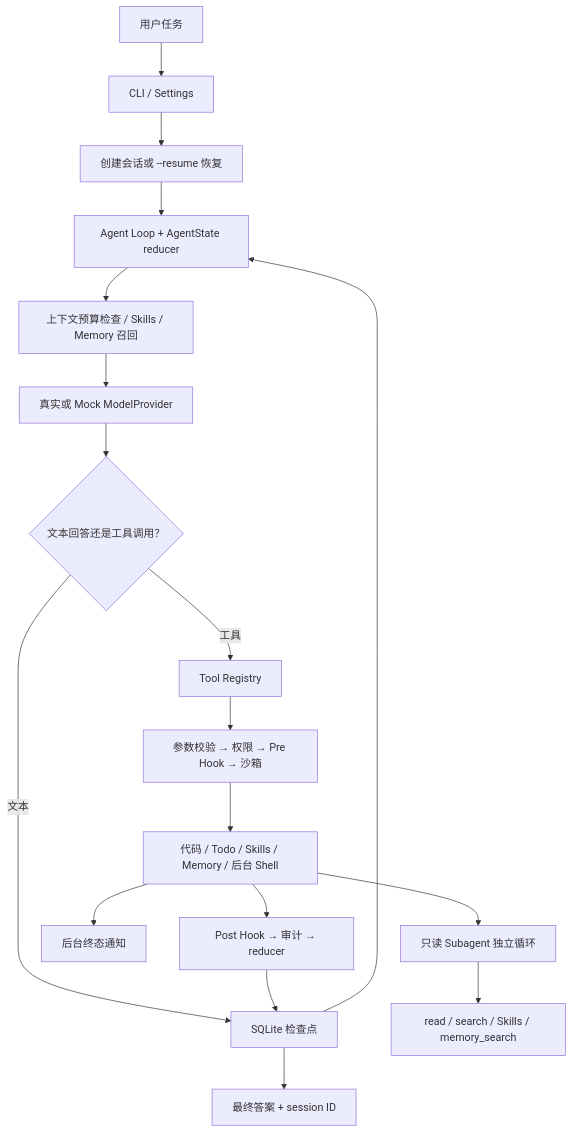
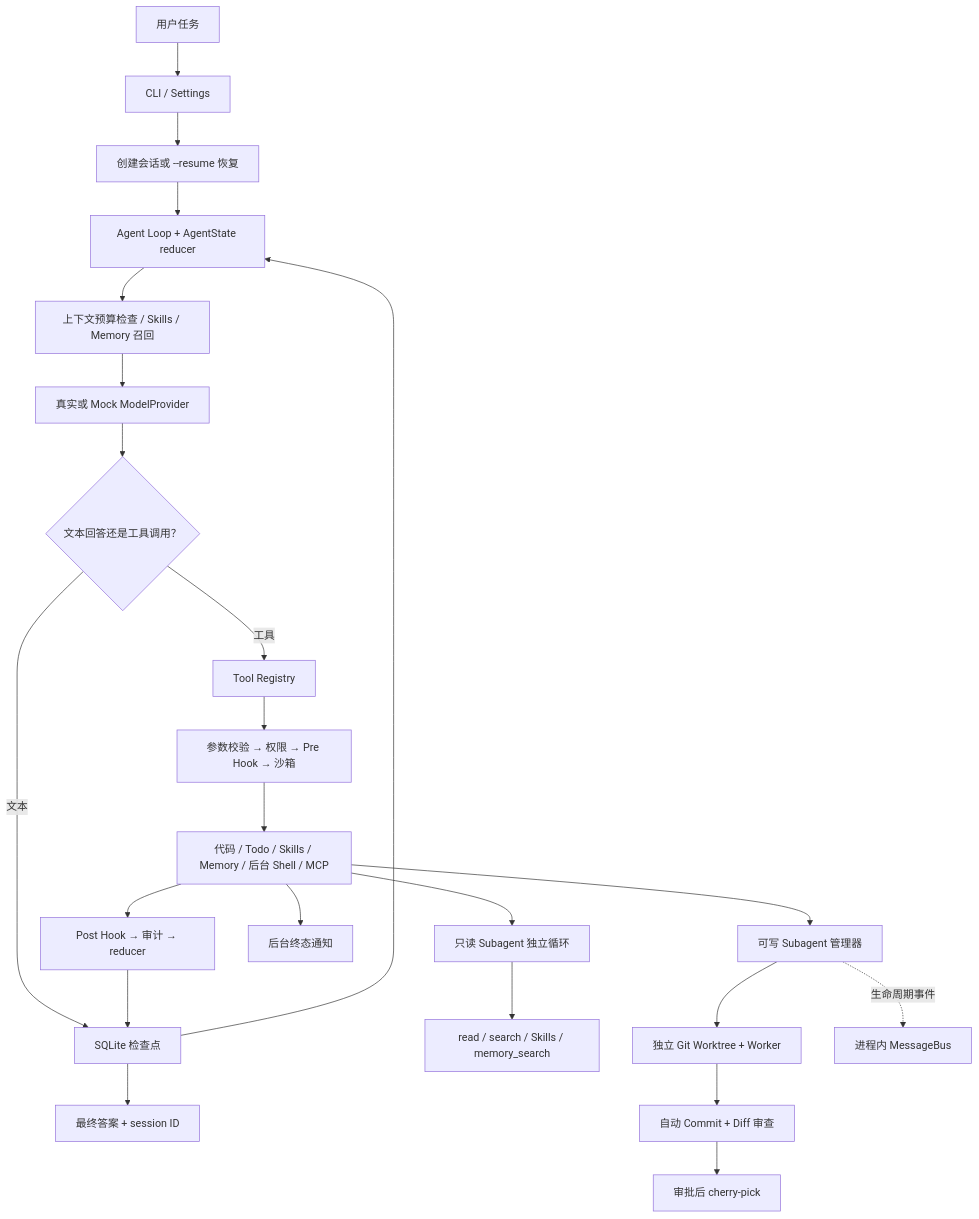
One commit to a798658091-cmyk/codeforge-harness changed the diagram in docs/architecture.md. Above: the diagram before and after it, drawn with Mermaid. The commit also changed other lines of this file and 69 other files, not shown here.

````diff
--- a/docs/architecture.md
+++ b/docs/architecture.md
@@ -6,20 +15,25 @@
 ```mermaid
 flowchart TB
     USER["用户任务"] --> CLI["CLI / Settings"]
     CLI --> SESSION["创建会话或 --resume 恢复"]
     SESSION --> LOOP["Agent Loop + AgentState reducer"]
     LOOP --> COMPACT["上下文预算检查 / Skills / Memory 召回"]
     COMPACT --> PROVIDER["真实或 Mock ModelProvider"]
     PROVIDER --> DECISION{"文本回答还是工具调用？"}
     DECISION -- "文本" --> CHECKPOINT["SQLite 检查点"]
     CHECKPOINT --> ANSWER["最终答案 + session ID"]
     DECISION -- "工具" --> REGISTRY["Tool Registry"]
     REGISTRY --> SAFETY["参数校验 → 权限 → Pre Hook → 沙箱"]
-    SAFETY --> TOOLS["代码 / Todo / Skills / Memory / 后台 Shell"]
+    SAFETY --> TOOLS["代码 / Todo / Skills / Memory / 后台 Shell / MCP"]
     TOOLS --> SUBAGENT["只读 Subagent 独立循环"]
     SUBAGENT --> READONLY["read / search / Skills / memory_search"]
+    TOOLS --> WRITABLE["可写 Subagent 管理器"]
+    WRITABLE --> WORKTREE["独立 Git Worktree + Worker"]
+    WORKTREE --> COMMIT["自动 Commit + Diff 审查"]
+    COMMIT --> INTEGRATE["审批后 cherry-pick"]
+    WRITABLE -. "生命周期事件" .-> BUS["进程内 MessageBus"]
     TOOLS --> NOTICE["后台终态通知"]
     TOOLS --> AFTER["Post Hook → 审计 → reducer"]
     AFTER --> CHECKPOINT
     CHECKPOINT --> LOOP
 ```
````
